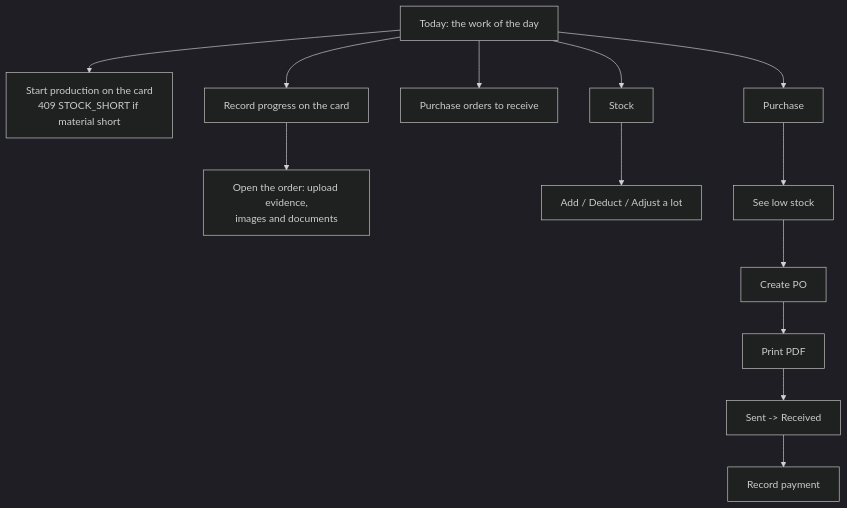
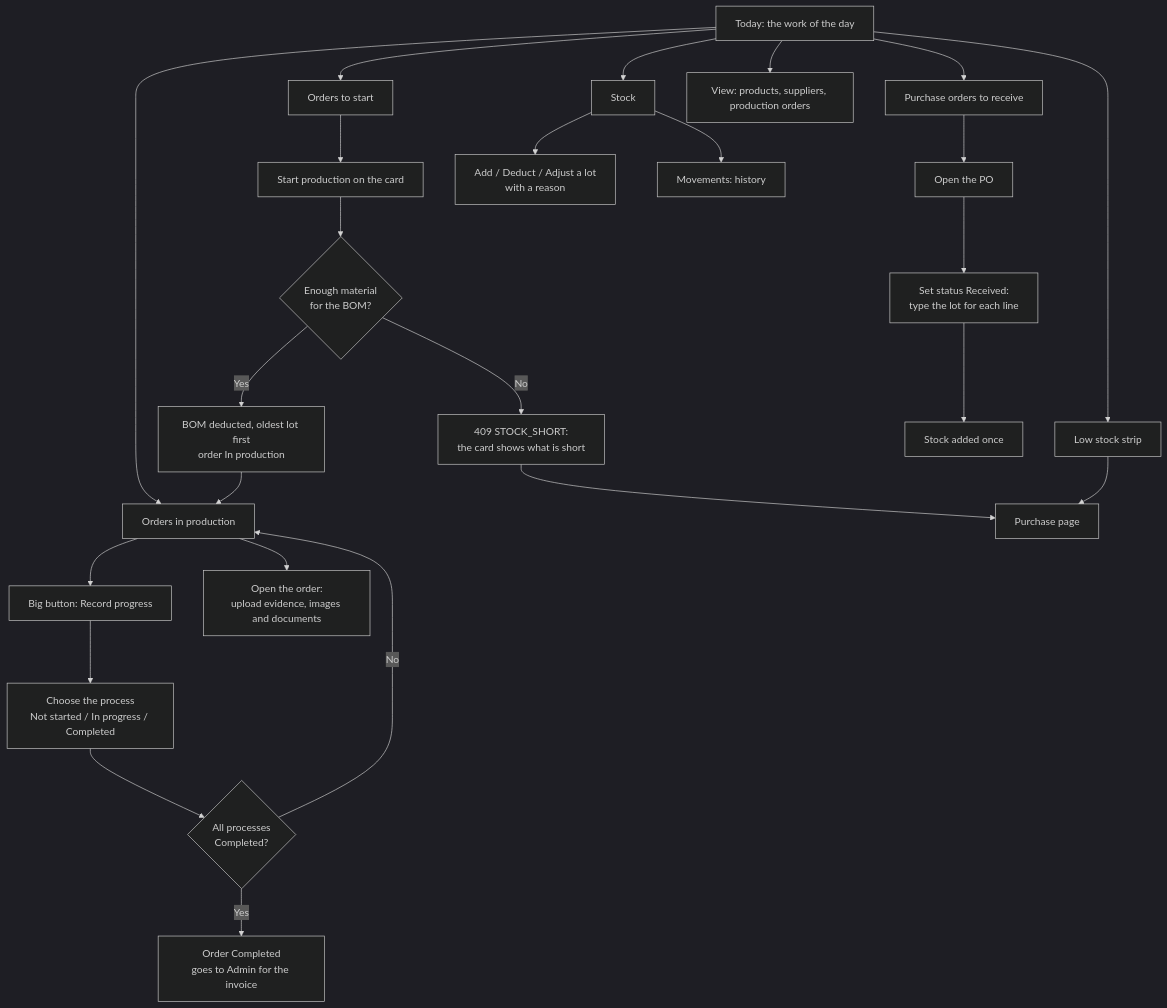
The third of 8 diagrams in ProjectdocInfo/User Flow.md (Detmon0410/Base_Sample_ERP), drawn with Mermaid (dark theme) before and after one commit. The commit also changed other lines of this file and 15 other files, not shown here.

````diff
--- a/ProjectdocInfo/User Flow.md
+++ b/ProjectdocInfo/User Flow.md
@@ -21,15 +75,31 @@
 ```mermaid
 flowchart TD
-    D[Today: the work of the day] --> O2[Start production on the card<br/>409 STOCK_SHORT if material short]
-    D --> O3[Record progress on the card]
-    O3 --> O4[Open the order: upload evidence,<br/>images and documents]
-    D --> R[Purchase orders to receive]
-    D --> S[Stock]
-    S --> S1[Add / Deduct / Adjust a lot]
-    D --> P[Purchase]
-    P --> P1[See low stock]
-    P1 --> P2[Create PO]
-    P2 --> P3[Print PDF]
-    P3 --> P4[Sent -> Received]
-    P4 --> P5[Record payment]
+    T[Today: the work of the day] --> A1[Orders to start]
+    T --> A2[Orders in production]
+    T --> A3[Purchase orders to receive]
+    T --> A4[Low stock strip]
+
+    A1 --> B1[Start production on the card]
+    B1 --> B2{Enough material<br/>for the BOM?}
+    B2 -- No --> B3[409 STOCK_SHORT:<br/>the card shows what is short]
+    B3 --> P1
+    B2 -- Yes --> B4[BOM deducted, oldest lot first<br/>order In production]
+    B4 --> A2
+
+    A2 --> C1[Big button: Record progress]
+    C1 --> C2[Choose the process<br/>Not started / In progress / Completed]
+    C2 --> C3{All processes<br/>Completed?}
+    C3 -- No --> A2
+    C3 -- Yes --> C4[Order Completed<br/>goes to Admin for the invoice]
+    A2 --> C5[Open the order:<br/>upload evidence, images and documents]
+
+    A3 --> R1[Open the PO]
+    R1 --> R2[Set status Received:<br/>type the lot for each line]
+    R2 --> R3[Stock added once]
+
+    A4 --> P1[Purchase page]
+    T --> S[Stock]
+    S --> S1[Add / Deduct / Adjust a lot<br/>with a reason]
+    S --> S2[Movements: history]
+    T --> V[View: products, suppliers, production orders]
 ```
````
